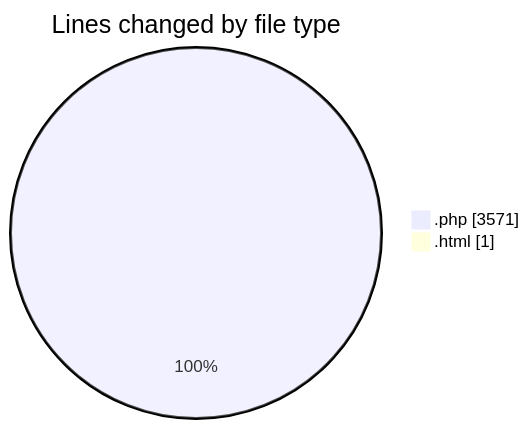
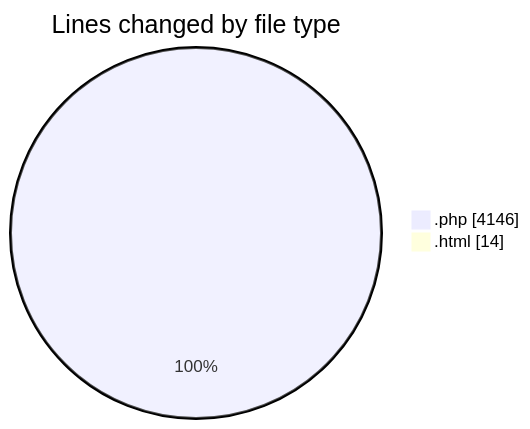
Before and after one commit to vahidmafi/code-tracking: the first of 2 diagrams in 2025-09-13/shop/README.md, drawn with Mermaid. The commit also changed other lines of this file and 1 other file, not shown here.

````diff
--- a/2025-09-13/shop/README.md
+++ b/2025-09-13/shop/README.md
@@ -21,6 +22,6 @@
 ```mermaid
 pie showData
 title Lines changed by file type
-".php" : 3571
-".html" : 1
+".php" : 4146
+".html" : 14
 ```
````
